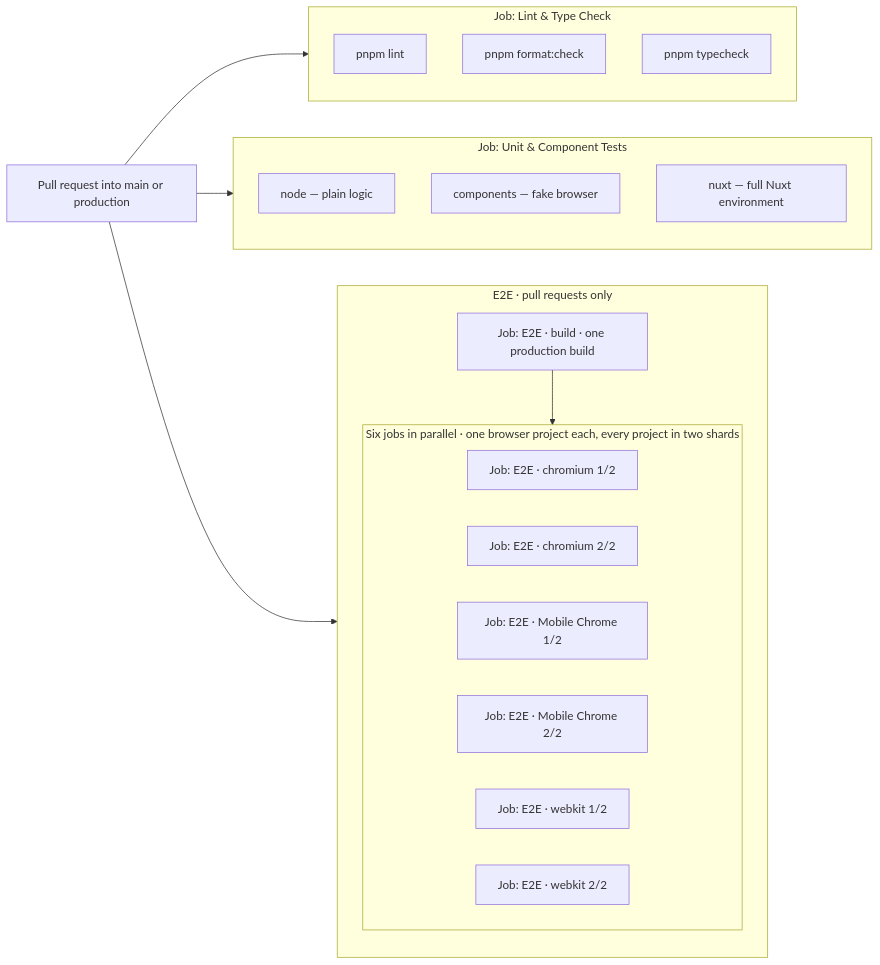
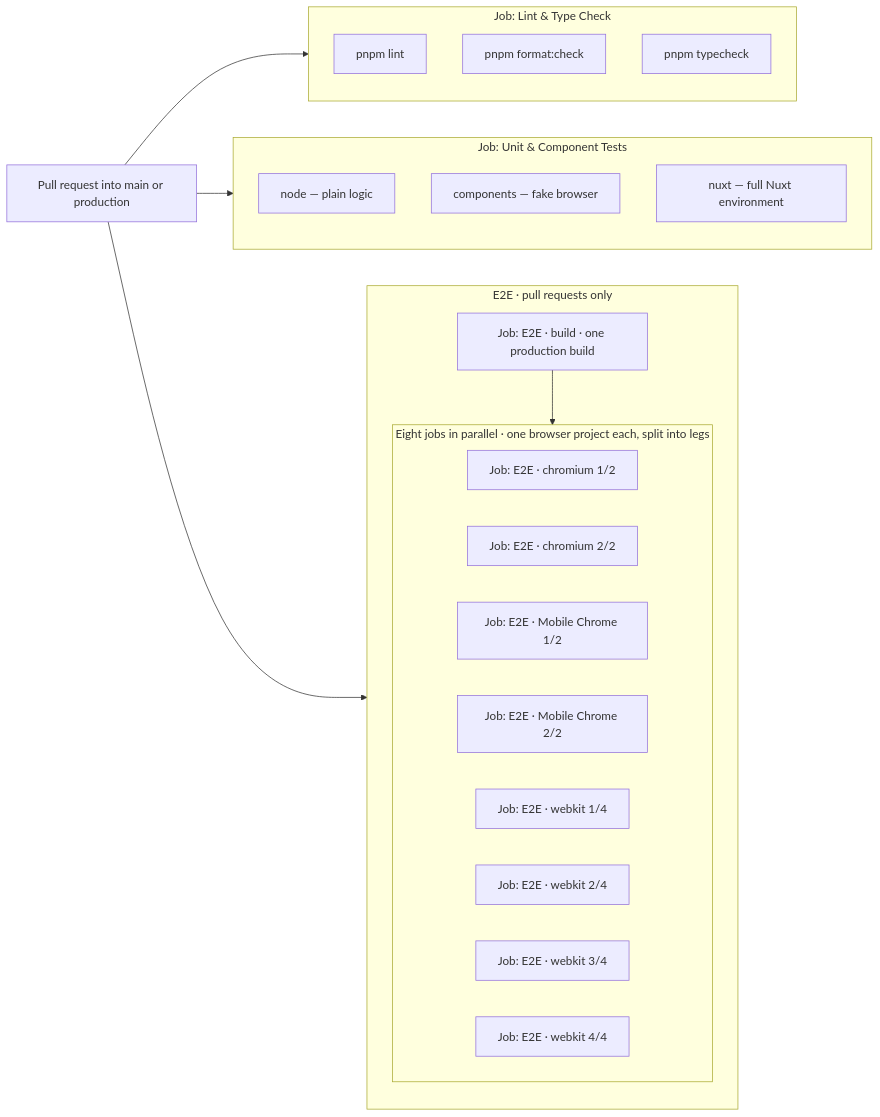
The first of 6 diagrams in docs/test-layers.md (geins-io/sales-portal), drawn with Mermaid before and after one commit. The commit also changed other lines of this file and 14 other files, not shown here.

````diff
--- a/docs/test-layers.md
+++ b/docs/test-layers.md
@@ -14,37 +14,39 @@
 ```mermaid
 flowchart LR
     PR["Pull request into main or production"] --> LINT
     PR --> UNIT
     PR --> E2E
 
     subgraph LINT["Job: Lint &amp; Type Check"]
         direction TB
         L1["pnpm lint"]
         L2["pnpm format:check"]
         L3["pnpm typecheck"]
     end
 
     subgraph UNIT["Job: Unit &amp; Component Tests"]
         direction TB
         U1["node — plain logic"]
         U2["components — fake browser"]
         U3["nuxt — full Nuxt environment"]
     end
 
     subgraph E2E["E2E · pull requests only"]
         direction TB
         BUILD["Job: E2E · build · one production build"]
 
-        subgraph LEGS["Six jobs in parallel · one browser project each, every project in two shards"]
+        subgraph LEGS["Eight jobs in parallel · one browser project each, split into legs"]
             direction LR
             B1["Job: E2E · chromium 1/2"]
             B2["Job: E2E · chromium 2/2"]
             B3["Job: E2E · Mobile Chrome 1/2"]
             B4["Job: E2E · Mobile Chrome 2/2"]
-            B5["Job: E2E · webkit 1/2"]
-            B6["Job: E2E · webkit 2/2"]
+            B5["Job: E2E · webkit 1/4"]
+            B6["Job: E2E · webkit 2/4"]
+            B7["Job: E2E · webkit 3/4"]
+            B8["Job: E2E · webkit 4/4"]
         end
 
         BUILD --> LEGS
     end
 ```
````
